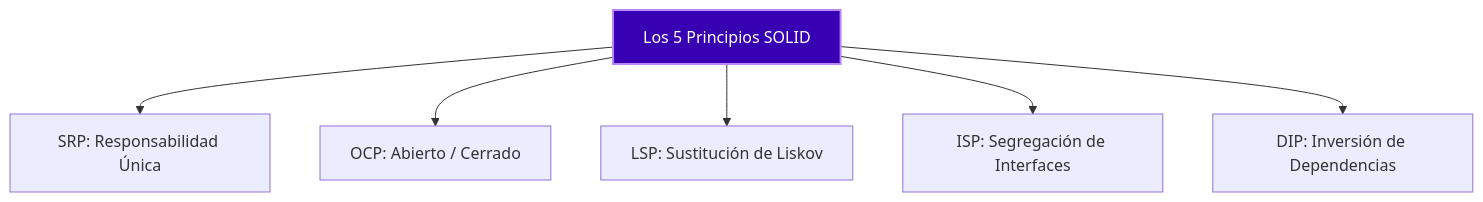
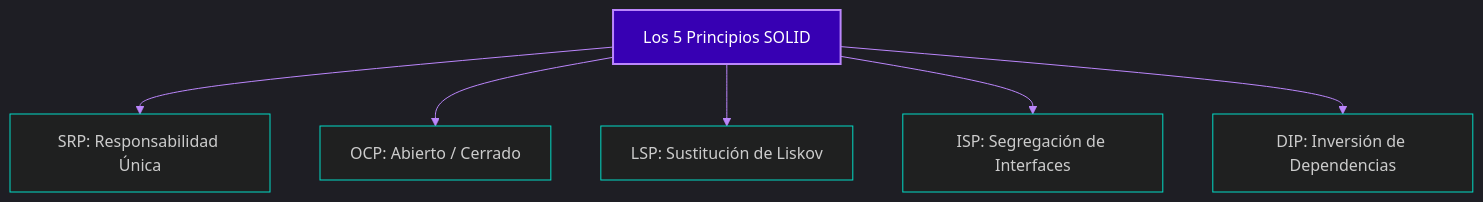
One commit to ConsSorto/ConsSorto.github.io changed the diagram in is-912/fase-1/2.md. Above: the diagram before and after it, drawn with Mermaid. The commit also changed 1 other file, not shown here.

Commit message:
fix: agregar init de tema oscuro a diagramas de flujo en clase 2 y 3

````diff
--- a/is-912/fase-1/2.md
+++ b/is-912/fase-1/2.md
@@ -21,11 +21,12 @@
 ```mermaid
+%%{init: {'theme': 'dark', 'themeVariables': { 'lineColor': '#BB86FC', 'primaryColor': '#3700B3', 'nodeBorder': '#03DAC6' }}}%%
 graph TD
     SOLID[Los 5 Principios SOLID]
     SOLID --> S[SRP: Responsabilidad Única]
     SOLID --> O[OCP: Abierto / Cerrado]
     SOLID --> L[LSP: Sustitución de Liskov]
     SOLID --> I[ISP: Segregación de Interfaces]
     SOLID --> D[DIP: Inversión de Dependencias]
     
     style SOLID fill:#3700B3,stroke:#BB86FC,stroke-width:2px,color:#fff
 ```
````
